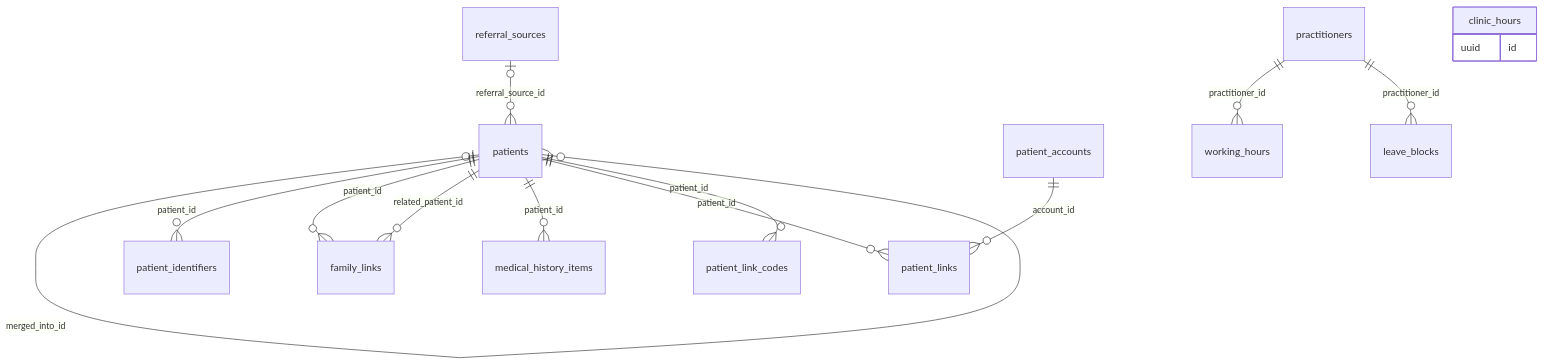
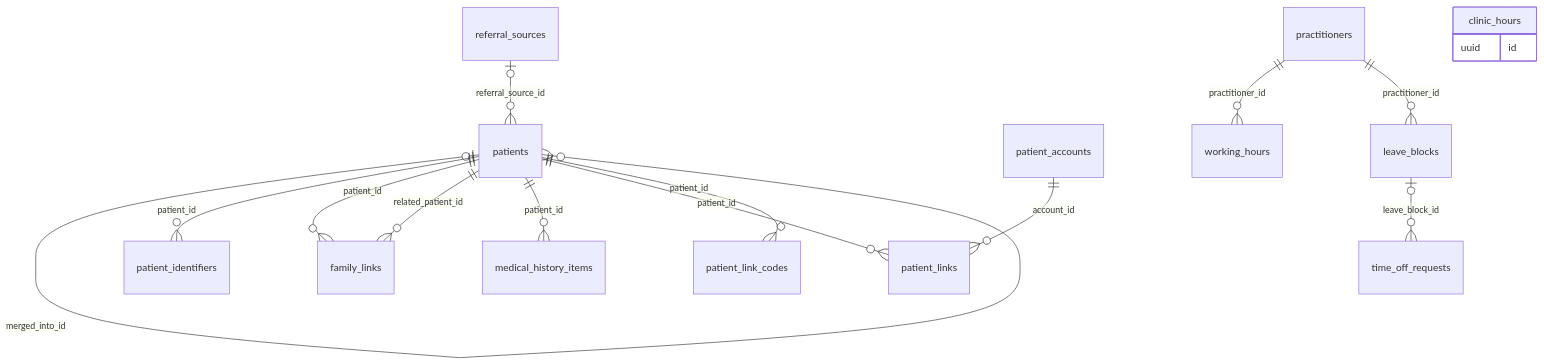
One commit to sakalyatechnologies/aarogyam changed the fifth of 13 diagrams in docs/database.md. Above: the diagram before and after it, drawn with Mermaid. The commit also changed other lines of this file and 25 other files, not shown here.

First line of the commit message:
Time-off requests: table, queries and staff-ops settings

````diff
--- a/docs/database.md
+++ b/docs/database.md
@@ -859,18 +859,19 @@
 ```mermaid
 erDiagram
   referral_sources |o--o{ patients : "referral_source_id"
   patients |o--o{ patients : "referred_by_patient_id"
   patients |o--o{ patients : "merged_into_id"
   patients ||--o{ patient_identifiers : "patient_id"
   patients ||--o{ family_links : "patient_id"
   patients ||--o{ family_links : "related_patient_id"
   patients ||--o{ medical_history_items : "patient_id"
   patients ||--o{ patient_links : "patient_id"
   patient_accounts ||--o{ patient_links : "account_id"
   patients ||--o{ patient_link_codes : "patient_id"
   practitioners ||--o{ working_hours : "practitioner_id"
   practitioners ||--o{ leave_blocks : "practitioner_id"
+  leave_blocks |o--o{ time_off_requests : "leave_block_id"
   clinic_hours {
     uuid id
   }
 ```
````
